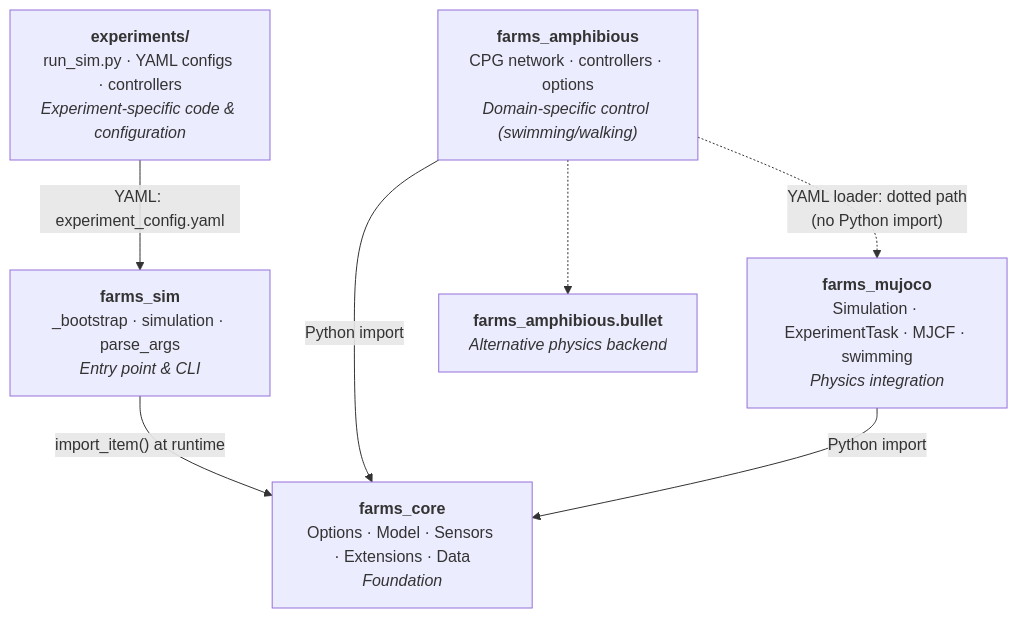
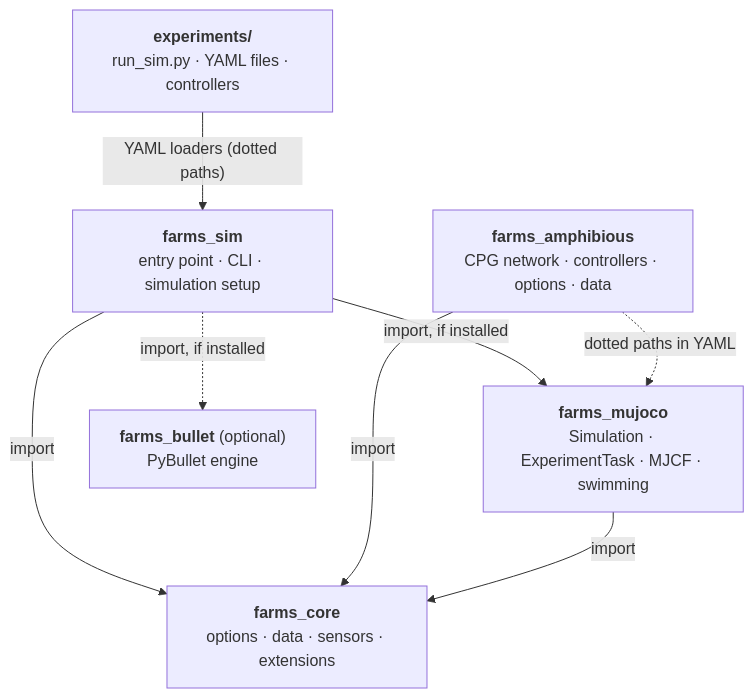
The first of 3 diagrams in reference/docs/explanation/architecture.md (podalanga/farmsim_docs), drawn with Mermaid before and after one commit. The commit also changed other lines of this file and 59 other files, not shown here.

````diff
--- a/reference/docs/explanation/architecture.md
+++ b/reference/docs/explanation/architecture.md
@@ -8,16 +11,17 @@
 ```mermaid
 flowchart TB
-    EXP["<b>experiments/</b><br/>run_sim.py · YAML configs · controllers<br/><i>Experiment-specific code &amp; configuration</i>"]
-    SIM["<b>farms_sim</b><br/>_bootstrap · simulation · parse_args<br/><i>Entry point &amp; CLI</i>"]
-    AMPH["<b>farms_amphibious</b><br/>CPG network · controllers · options<br/><i>Domain-specific control (swimming/walking)</i>"]
-    MUJ["<b>farms_mujoco</b><br/>Simulation · ExperimentTask · MJCF · swimming<br/><i>Physics integration</i>"]
-    BULLET["<b>farms_amphibious.bullet</b><br/><i>Alternative physics backend</i>"]
-    CORE["<b>farms_core</b><br/>Options · Model · Sensors · Extensions · Data<br/><i>Foundation</i>"]
+    EXP["<b>experiments/</b><br/>run_sim.py · YAML files · controllers"]
+    SIM["<b>farms_sim</b><br/>entry point · CLI · simulation setup"]
+    AMPH["<b>farms_amphibious</b><br/>CPG network · controllers · options · data"]
+    MUJ["<b>farms_mujoco</b><br/>Simulation · ExperimentTask · MJCF · swimming"]
+    BULLET["<b>farms_bullet</b> (optional)<br/>PyBullet engine"]
+    CORE["<b>farms_core</b><br/>options · data · sensors · extensions"]
 
-    EXP -->|"YAML: experiment_config.yaml"| SIM
-    SIM -->|"import_item() at runtime"| CORE
-    AMPH -->|Python import| CORE
-    MUJ -->|Python import| CORE
-    AMPH -.->|"YAML loader: dotted path<br/>(no Python import)"| MUJ
-    AMPH -.-> BULLET
+    EXP -->|"YAML loaders (dotted paths)"| SIM
+    SIM -->|import| CORE
+    SIM -->|"import, if installed"| MUJ
+    SIM -.->|"import, if installed"| BULLET
+    AMPH -->|import| CORE
+    MUJ -->|import| CORE
+    AMPH -.->|"dotted paths in YAML"| MUJ
 ```
````
